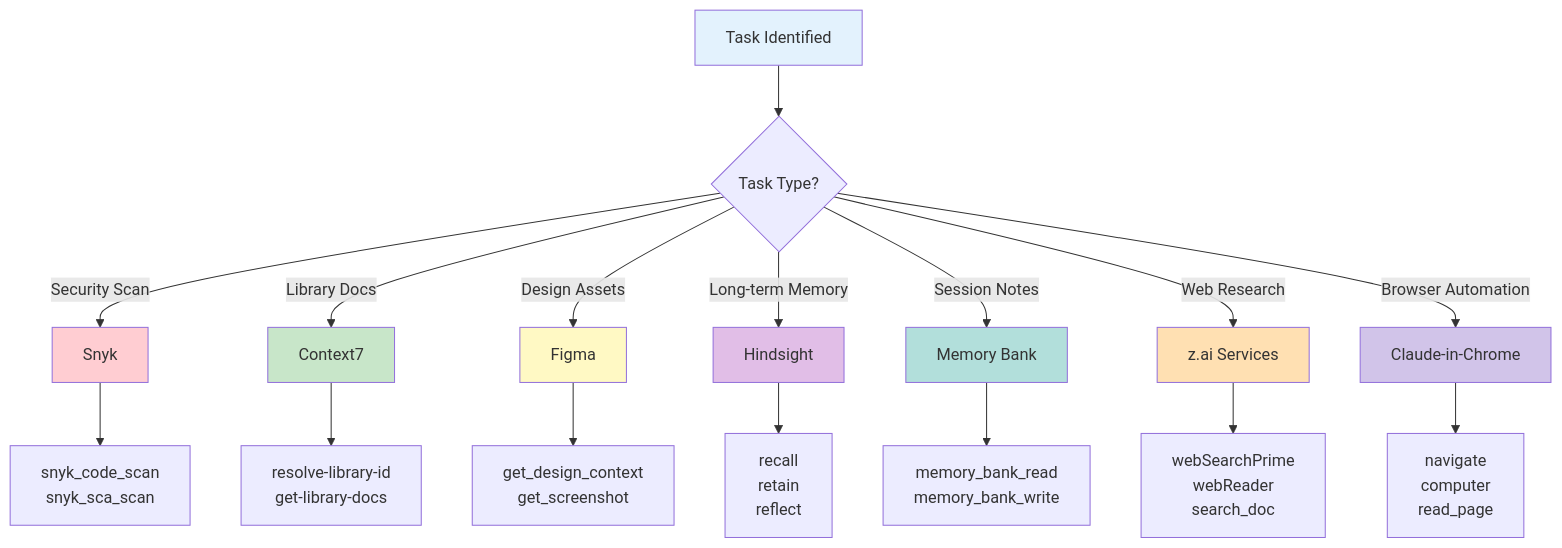
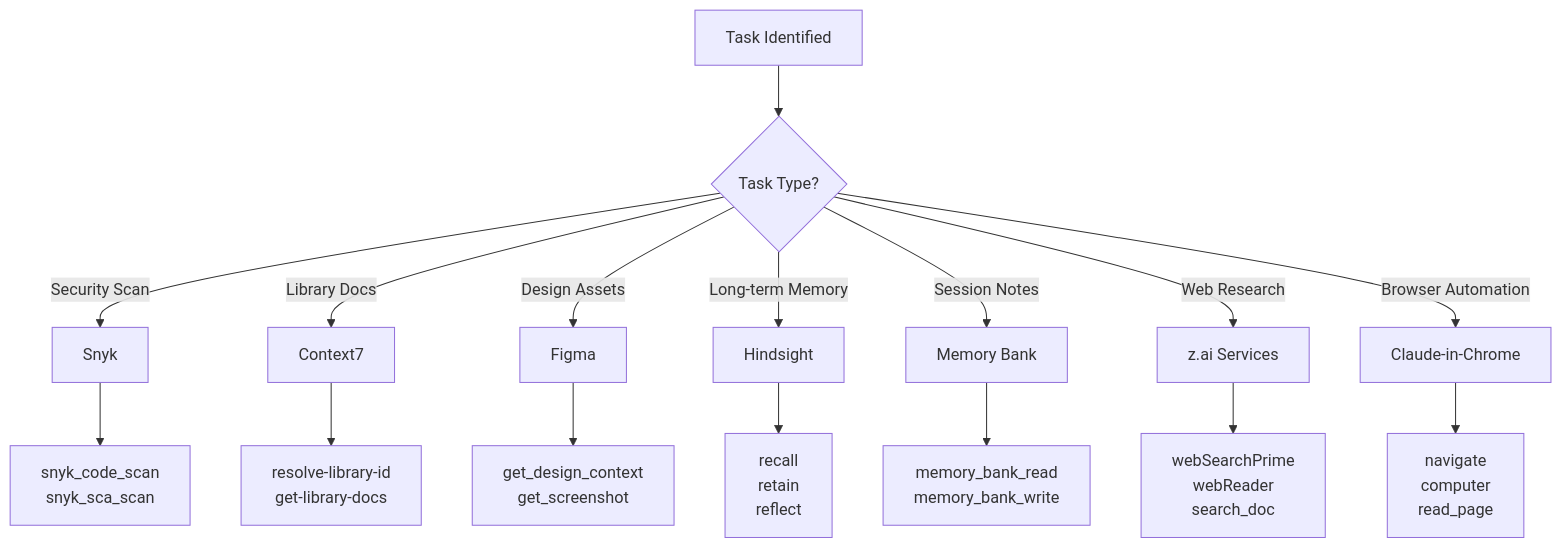
Before and after one commit to sovavibe/shared-ai-configs: the first of 3 diagrams in docs/MCP-CONFIGURATION.md, drawn with Mermaid. The commit also changed other lines of this file and 10 other files, not shown here.

Commit message:
fix(docs): remove mermaid styles for dark mode compatibility

````diff
--- a/docs/MCP-CONFIGURATION.md
+++ b/docs/MCP-CONFIGURATION.md
@@ -57,29 +57,21 @@
 ```mermaid
 flowchart TD
     A[Task Identified] --> B{Task Type?}
 
     B -->|Security Scan| C[Snyk]
     B -->|Library Docs| D[Context7]
     B -->|Design Assets| E[Figma]
     B -->|Long-term Memory| F[Hindsight]
     B -->|Session Notes| G[Memory Bank]
     B -->|Web Research| H[z.ai Services]
     B -->|Browser Automation| I[Claude-in-Chrome]
 
     C --> C1[snyk_code_scan<br/>snyk_sca_scan]
     D --> D1[resolve-library-id<br/>get-library-docs]
     E --> E1[get_design_context<br/>get_screenshot]
     F --> F1[recall<br/>retain<br/>reflect]
     G --> G1[memory_bank_read<br/>memory_bank_write]
     H --> H1[webSearchPrime<br/>webReader<br/>search_doc]
     I --> I1[navigate<br/>computer<br/>read_page]
 
-    style A fill:#e3f2fd
-    style C fill:#ffcdd2
-    style D fill:#c8e6c9
-    style E fill:#fff9c4
-    style F fill:#e1bee7
-    style G fill:#b2dfdb
-    style H fill:#ffe0b2
-    style I fill:#d1c4e9
 ```
````
